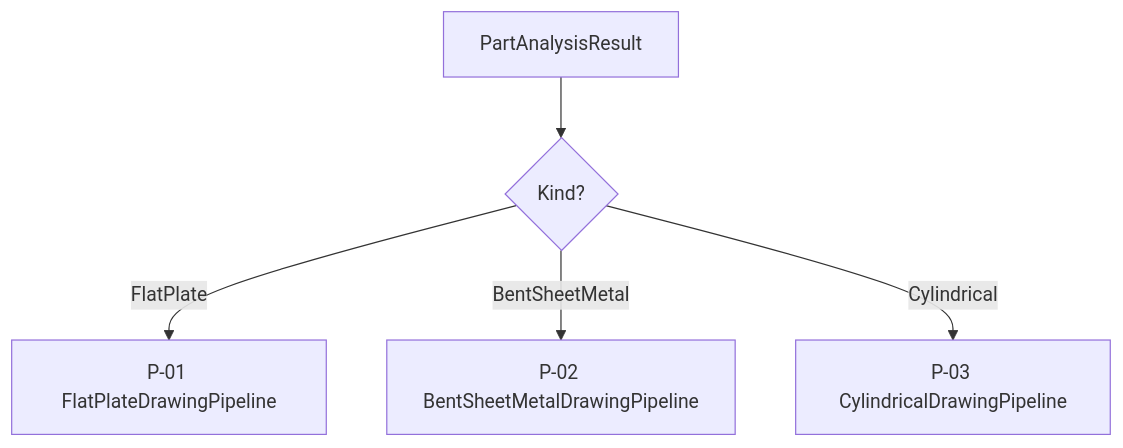
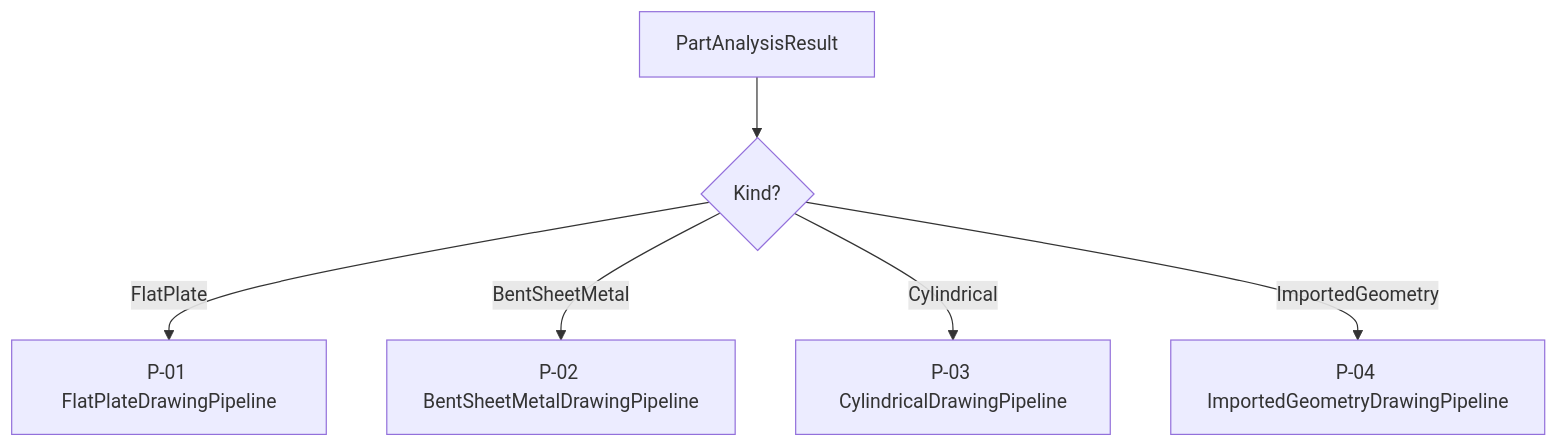
Before and after one commit to YurMil/SolidWorksTester: the diagram in Docs/drawing/pipelines-overview.md, drawn with Mermaid. The commit also changed other lines of this file and 63 other files, not shown here.

First line of the commit message:
Add drawing pipeline router, EST classification, and flange dimensioning.

````diff
--- a/Docs/drawing/pipelines-overview.md
+++ b/Docs/drawing/pipelines-overview.md
@@ -40,7 +41,8 @@
 ```mermaid
 flowchart TD
     A[PartAnalysisResult] --> B{Kind?}
     B -->|FlatPlate| C[P-01 FlatPlateDrawingPipeline]
     B -->|BentSheetMetal| D[P-02 BentSheetMetalDrawingPipeline]
     B -->|Cylindrical| E[P-03 CylindricalDrawingPipeline]
+    B -->|ImportedGeometry| F[P-04 ImportedGeometryDrawingPipeline]
 ```
````
